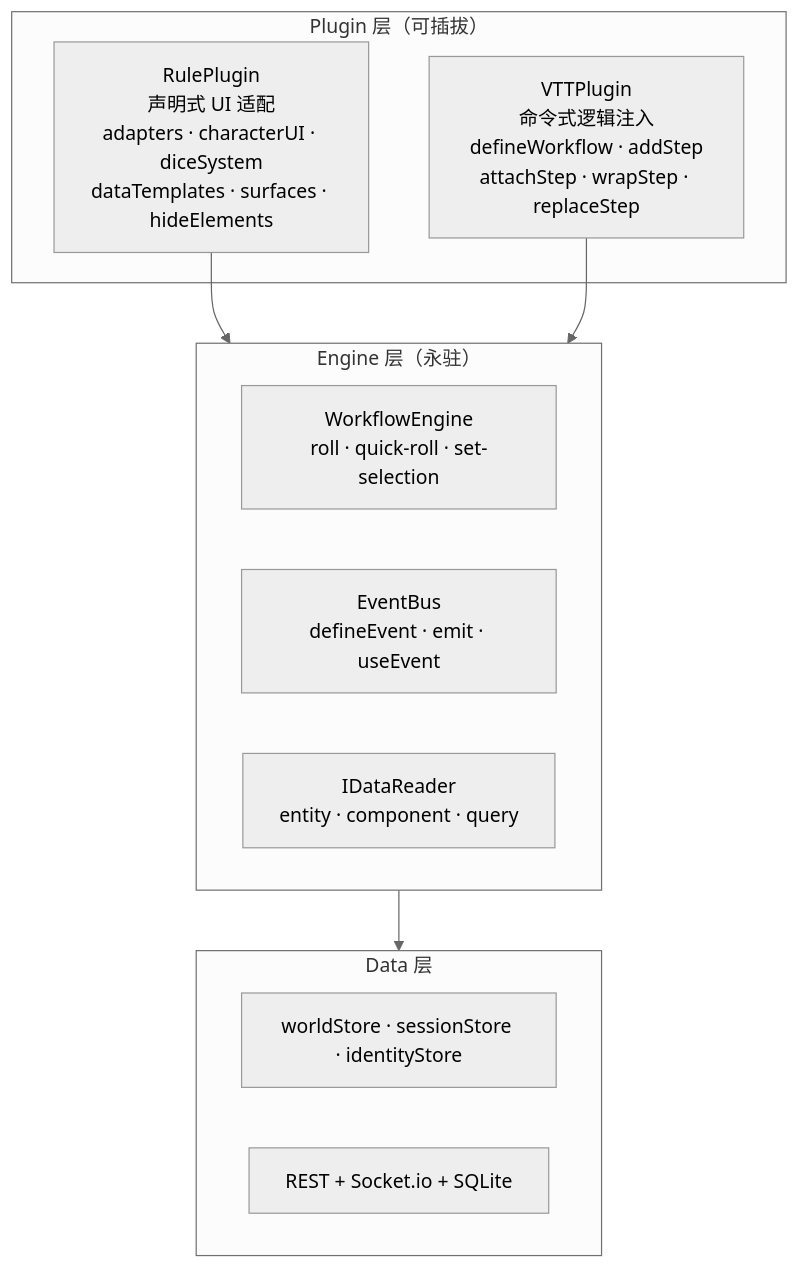
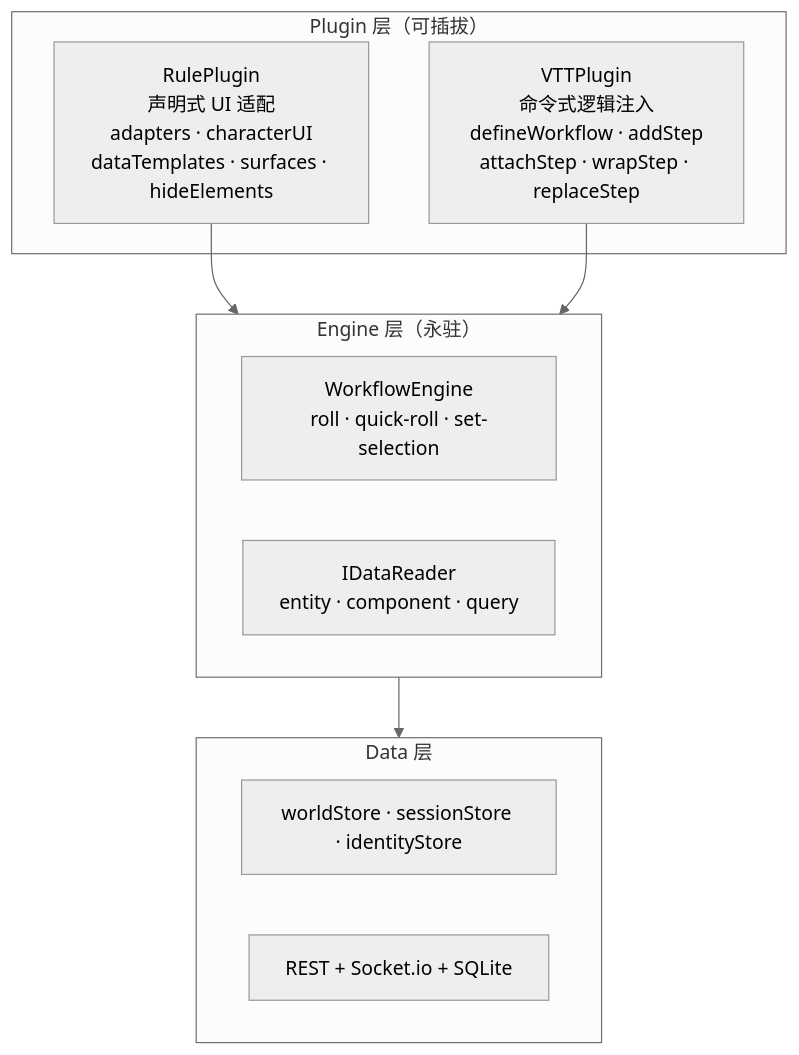
One commit to RidRisR/myVTT changed the first of 18 diagrams in docs/design/17-插件系统演进路线.md. Above: the diagram before and after it, drawn with Mermaid (neutral theme). The commit also changed other lines of this file and 64 other files, not shown here.

````diff
--- a/docs/design/17-插件系统演进路线.md
+++ b/docs/design/17-插件系统演进路线.md
@@ -34,22 +34,21 @@
 ```mermaid
 graph TB
     subgraph Plugin["Plugin 层（可插拔）"]
-        RP["RulePlugin<br/>声明式 UI 适配<br/>adapters · characterUI · diceSystem<br/>dataTemplates · surfaces · hideElements"]
+        RP["RulePlugin<br/>声明式 UI 适配<br/>adapters · characterUI<br/>dataTemplates · surfaces · hideElements"]
         VP["VTTPlugin<br/>命令式逻辑注入<br/>defineWorkflow · addStep<br/>attachStep · wrapStep · replaceStep"]
     end
 
     subgraph Engine["Engine 层（永驻）"]
         WE["WorkflowEngine<br/>roll · quick-roll · set-selection"]
-        EB["EventBus<br/>defineEvent · emit · useEvent"]
         DR["IDataReader<br/>entity · component · query"]
     end
 
     subgraph Data["Data 层"]
         WS["worldStore · sessionStore · identityStore"]
         Net["REST + Socket.io + SQLite"]
     end
 
     RP --> Engine
     VP --> Engine
     Engine --> Data
 ```
````
